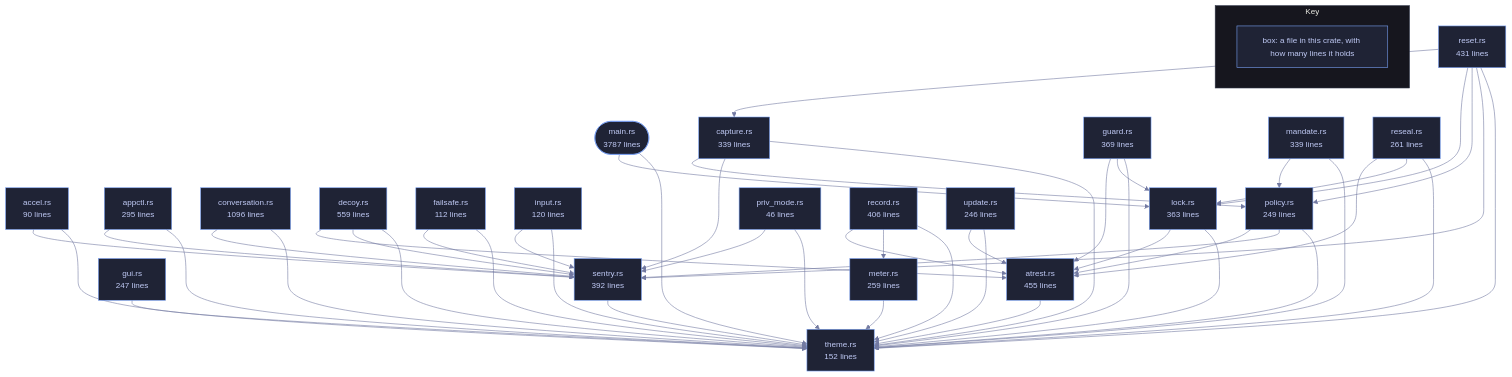
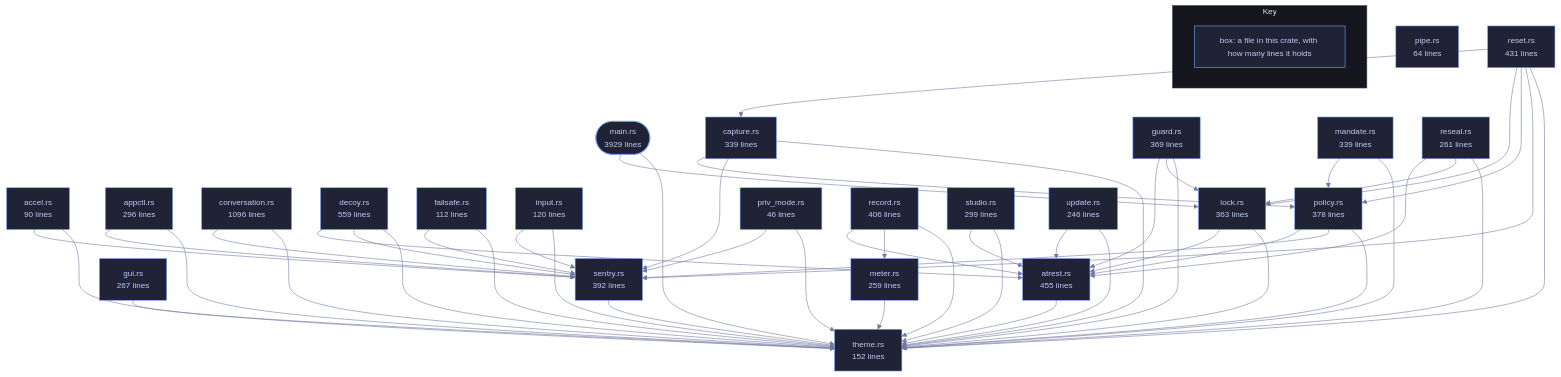
The diagram in crates/veilvoice-cli/README.md (tilas01/veilvoice), drawn with Mermaid before and after one commit. The commit also changed other lines of this file and 514 other files, not shown here.

````diff
--- a/crates/veilvoice-cli/README.md
+++ b/crates/veilvoice-cli/README.md
@@ -110,26 +110,28 @@
 ```mermaid
 %%{init: {"theme":"base","themeVariables":{"background":"#1a1b26","primaryColor":"#1f2335","primaryTextColor":"#c0caf5","primaryBorderColor":"#7aa2f7","secondaryColor":"#16161e","tertiaryColor":"#16161e","lineColor":"#737aa2","textColor":"#c0caf5","mainBkg":"#1f2335","nodeBorder":"#7aa2f7","clusterBkg":"#16161e","clusterBorder":"#2f3549","fontFamily":"ui-monospace, SFMono-Regular, Consolas, monospace","fontSize":"14px"}}}%%
 flowchart TD
-    n_main(["main.rs<br/>3787 lines"])
+    n_main(["main.rs<br/>3929 lines"])
     n_accel["accel.rs<br/>90 lines"]
-    n_appctl["appctl.rs<br/>295 lines"]
+    n_appctl["appctl.rs<br/>296 lines"]
     n_atrest["atrest.rs<br/>455 lines"]
     n_capture["capture.rs<br/>339 lines"]
     n_conversation["conversation.rs<br/>1096 lines"]
     n_decoy["decoy.rs<br/>559 lines"]
     n_failsafe["failsafe.rs<br/>112 lines"]
     n_guard["guard.rs<br/>369 lines"]
-    n_gui["gui.rs<br/>247 lines"]
+    n_gui["gui.rs<br/>267 lines"]
     n_input["input.rs<br/>120 lines"]
     n_lock["lock.rs<br/>363 lines"]
     n_mandate["mandate.rs<br/>339 lines"]
     n_meter["meter.rs<br/>259 lines"]
-    n_policy["policy.rs<br/>249 lines"]
+    n_pipe["pipe.rs<br/>64 lines"]
+    n_policy["policy.rs<br/>378 lines"]
     n_priv_mode["priv_mode.rs<br/>46 lines"]
     n_record["record.rs<br/>406 lines"]
     n_reseal["reseal.rs<br/>261 lines"]
     n_reset["reset.rs<br/>431 lines"]
     n_sentry["sentry.rs<br/>392 lines"]
+    n_studio["studio.rs<br/>299 lines"]
     n_theme["theme.rs<br/>152 lines"]
     n_update["update.rs<br/>246 lines"]
     n_accel --> n_sentry
@@ -177,6 +179,8 @@
     n_reset --> n_sentry
     n_reset --> n_theme
     n_sentry --> n_theme
+    n_studio --> n_atrest
+    n_studio --> n_theme
     n_update --> n_atrest
     n_update --> n_theme
     click n_main href "https://github.com/tilas01/veilvoice/blob/main/crates/veilvoice-cli/src/main.rs" "open the source"
@@ -193,12 +197,14 @@
     click n_lock href "https://github.com/tilas01/veilvoice/blob/main/crates/veilvoice-cli/src/lock.rs" "open the source"
     click n_mandate href "https://github.com/tilas01/veilvoice/blob/main/crates/veilvoice-cli/src/mandate.rs" "open the source"
     click n_meter href "https://github.com/tilas01/veilvoice/blob/main/crates/veilvoice-cli/src/meter.rs" "open the source"
+    click n_pipe href "https://github.com/tilas01/veilvoice/blob/main/crates/veilvoice-cli/src/pipe.rs" "open the source"
     click n_policy href "https://github.com/tilas01/veilvoice/blob/main/crates/veilvoice-cli/src/policy.rs" "open the source"
     click n_priv_mode href "https://github.com/tilas01/veilvoice/blob/main/crates/veilvoice-cli/src/priv_mode.rs" "open the source"
     click n_record href "https://github.com/tilas01/veilvoice/blob/main/crates/veilvoice-cli/src/record.rs" "open the source"
     click n_reseal href "https://github.com/tilas01/veilvoice/blob/main/crates/veilvoice-cli/src/reseal.rs" "open the source"
     click n_reset href "https://github.com/tilas01/veilvoice/blob/main/crates/veilvoice-cli/src/reset.rs" "open the source"
     click n_sentry href "https://github.com/tilas01/veilvoice/blob/main/crates/veilvoice-cli/src/sentry.rs" "open the source"
+    click n_studio href "https://github.com/tilas01/veilvoice/blob/main/crates/veilvoice-cli/src/studio.rs" "open the source"
     click n_theme href "https://github.com/tilas01/veilvoice/blob/main/crates/veilvoice-cli/src/theme.rs" "open the source"
     click n_update href "https://github.com/tilas01/veilvoice/blob/main/crates/veilvoice-cli/src/update.rs" "open the source"
     subgraph chart_key ["Key"]
````
